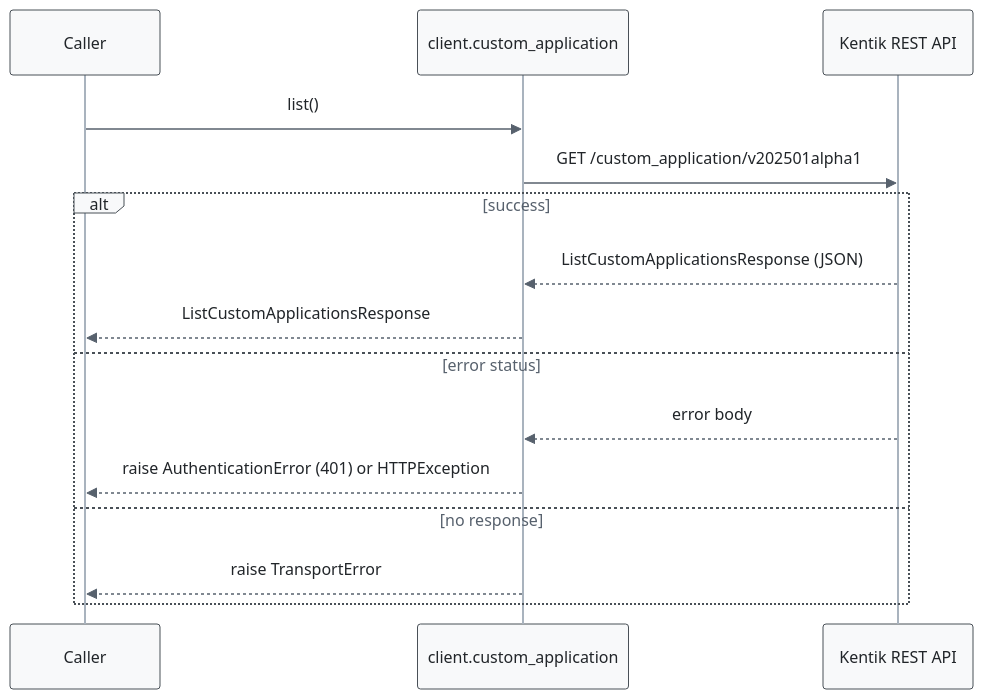
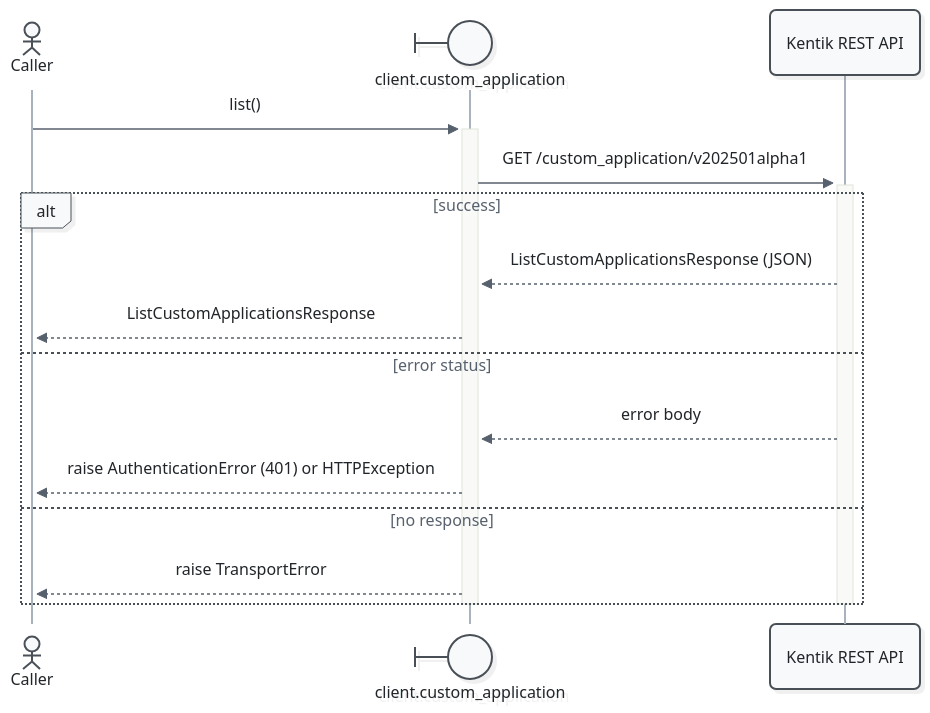
One commit to alexdearaujo/community_sdk_python changed the first of 11 diagrams in docs/sphinx/services/custom_application.md. Above: the diagram before and after it, drawn with Mermaid. The commit also changed other lines of this file and 52 other files, not shown here.

First line of the commit message:
docs: Mermaid 12 sequence diagrams with participant types and path colors

````diff
--- a/docs/sphinx/services/custom_application.md
+++ b/docs/sphinx/services/custom_application.md
@@ -33,19 +33,21 @@
 ```mermaid
-%%{init: {"theme": "base", "fontFamily": "ui-monospace, SFMono-Regular, Menlo, monospace", "themeVariables": {"fontFamily": "ui-monospace, SFMono-Regular, Menlo, monospace", "primaryColor": "#f8f9fa", "primaryBorderColor": "#495057", "primaryTextColor": "#212529", "textColor": "#212529", "lineColor": "#77818c", "edgeLabelBackground": "#ffffff", "actorBkg": "#f8f9fa", "actorBorder": "#495057", "actorTextColor": "#212529", "actorLineColor": "#a9b3be", "signalColor": "#57616d", "signalTextColor": "#212529", "labelBoxBkgColor": "#f8f9fa", "labelBoxBorderColor": "#495057", "labelTextColor": "#212529", "loopTextColor": "#57616d", "noteBkgColor": "#fff9db", "noteBorderColor": "#f08c00", "noteTextColor": "#a35a00"}, "flowchart": {"curve": "step", "nodeSpacing": 30, "rankSpacing": 70, "wrappingWidth": 400}}}%%
+%%{init: {"theme": "redux", "look": "neo", "layout": "dagre", "fontFamily": "ui-monospace, SFMono-Regular, Menlo, monospace", "themeVariables": {"fontFamily": "ui-monospace, SFMono-Regular, Menlo, monospace", "primaryColor": "#f8f9fa", "primaryBorderColor": "#495057", "primaryTextColor": "#212529", "textColor": "#212529", "lineColor": "#77818c", "edgeLabelBackground": "#ffffff", "actorBkg": "#f8f9fa", "actorBorder": "#495057", "actorTextColor": "#212529", "actorLineColor": "#a9b3be", "signalColor": "#57616d", "signalTextColor": "#212529", "labelBoxBkgColor": "#f8f9fa", "labelBoxBorderColor": "#495057", "labelTextColor": "#212529", "loopTextColor": "#57616d", "noteBkgColor": "#fff9db", "noteBorderColor": "#f08c00", "noteTextColor": "#a35a00"}, "sequence": {"activationWidth": 16}, "flowchart": {"curve": "step", "nodeSpacing": 30, "rankSpacing": 70, "wrappingWidth": 400}}}%%
 sequenceDiagram
-    participant C as Caller
-    participant W as client.custom_application
+    actor C as Caller
+    participant W@{ "type": "boundary" } as client.custom_application
     participant API as Kentik REST API
 
-    C->>W: list()
-    W->>API: GET /custom_application/v202501alpha1
+    C->>+W: list()
+    W->>+API: GET /custom_application/v202501alpha1
     alt success
         API-->>W: ListCustomApplicationsResponse (JSON)
         W-->>C: ListCustomApplicationsResponse
     else error status
         API-->>W: error body
         W-->>C: raise AuthenticationError (401) or HTTPException
     else no response
         W-->>C: raise TransportError
     end
+    deactivate API
+    deactivate W
 ```
````
